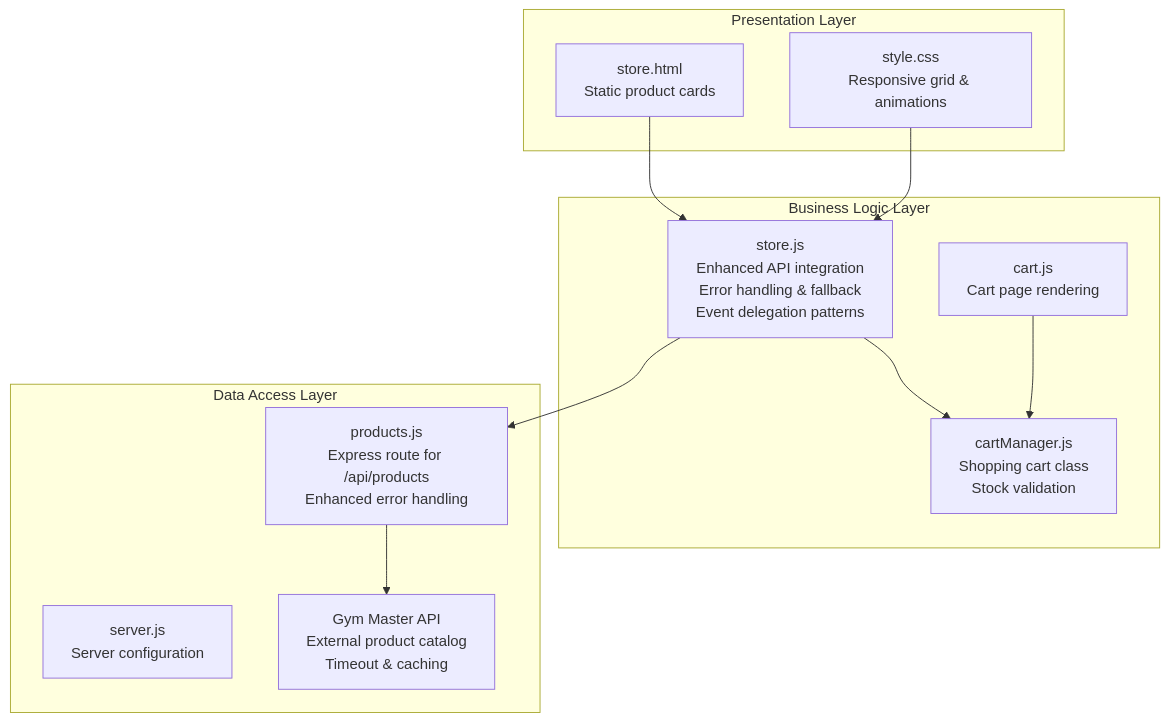
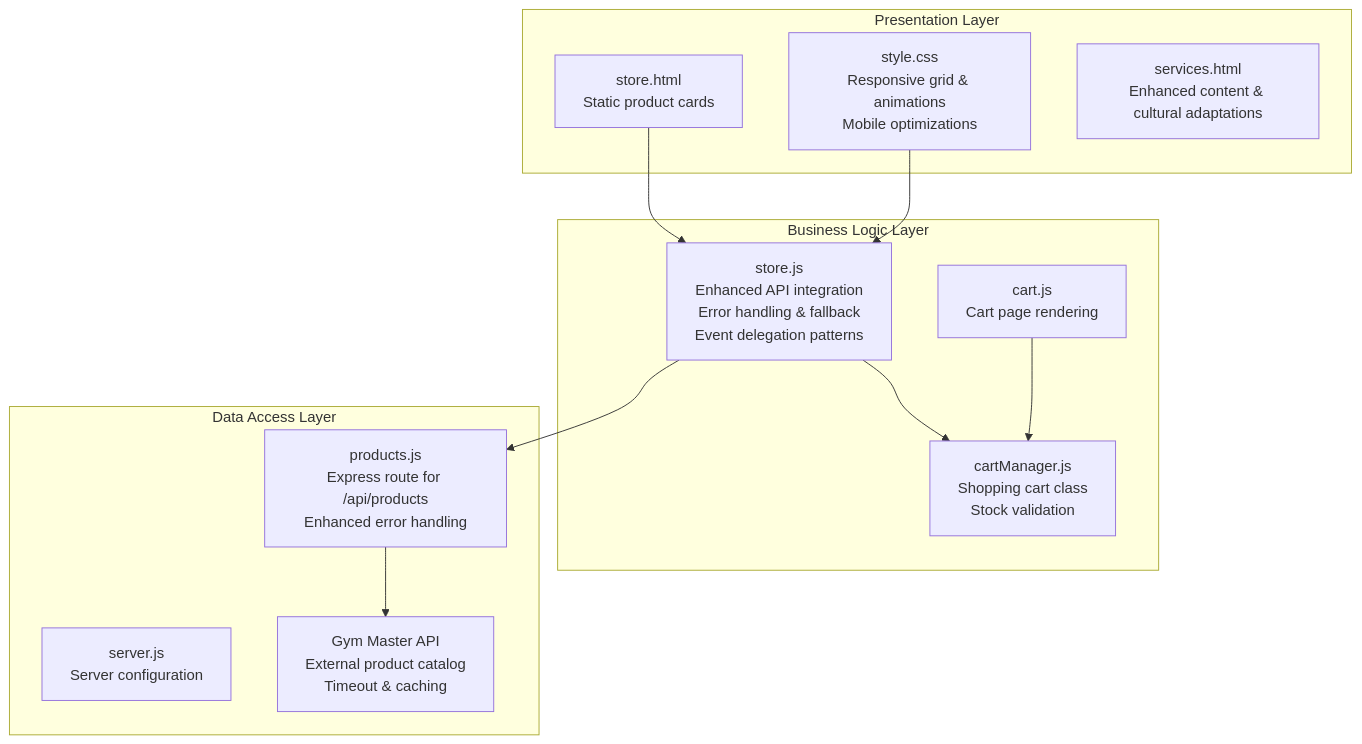
Before and after one commit to SirD33k/activezone: the first of 6 diagrams in .qoder/repowiki/en/content/Frontend Architecture/Store Frontend Interface.md, drawn with Mermaid. The commit also changed other lines of this file and 3 other files, not shown here.

````diff
--- a/.qoder/repowiki/en/content/Frontend Architecture/Store Frontend Interface.md
+++ b/.qoder/repowiki/en/content/Frontend Architecture/Store Frontend Interface.md
@@ -44,23 +47,24 @@
 ```mermaid
 graph TB
 subgraph "Presentation Layer"
 HTML["store.html<br/>Static product cards"]
-CSS["style.css<br/>Responsive grid & animations"]
+CSS["style.css<br/>Responsive grid & animations<br/>Mobile optimizations"]
+SERVICES["services.html<br/>Enhanced content & cultural adaptations"]
 end
 subgraph "Business Logic Layer"
 STOREJS["store.js<br/>Enhanced API integration<br/>Error handling & fallback<br/>Event delegation patterns"]
 CARTJS["cart.js<br/>Cart page rendering"]
 CARTMANAGER["cartManager.js<br/>Shopping cart class<br/>Stock validation"]
 end
 subgraph "Data Access Layer"
 ROUTES["products.js<br/>Express route for /api/products<br/>Enhanced error handling"]
 SERVER["server.js<br/>Server configuration"]
 API["Gym Master API<br/>External product catalog<br/>Timeout & caching"]
 end
 HTML --> STOREJS
 CSS --> STOREJS
 STOREJS --> ROUTES
 ROUTES --> API
 STOREJS --> CARTMANAGER
 CARTJS --> CARTMANAGER
 ```
````
